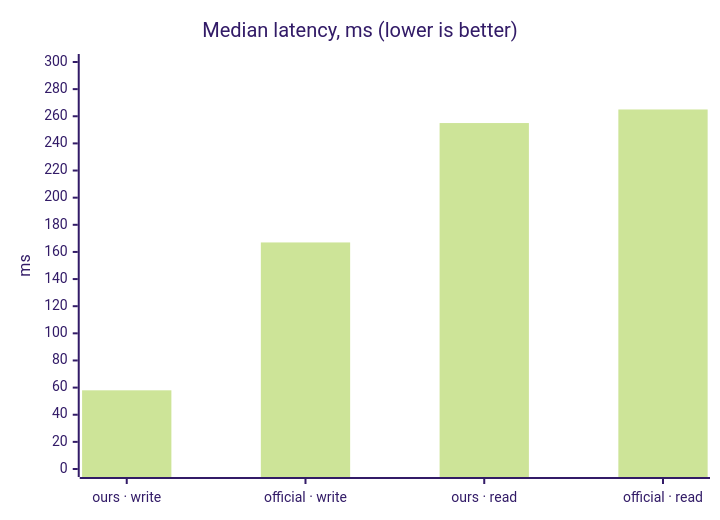
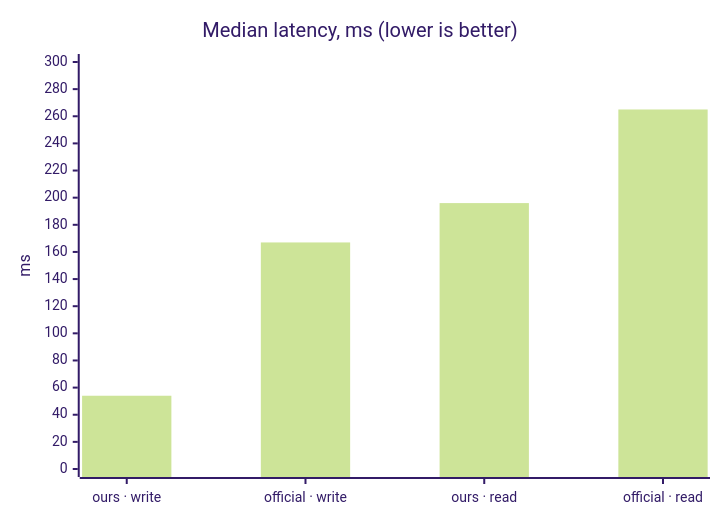
Before and after one commit to francyfox/umami-back-lite: the second of 4 diagrams in README.md, drawn with Mermaid (forest theme). The commit also changed other lines of this file and 1 other file, not shown here.

First line of the commit message:
docs: refresh benchmark numbers after the lazy-mount fix, add cold-boot figure

````diff
--- a/README.md
+++ b/README.md
@@ -144,7 +144,7 @@
 ```mermaid
 xychart-beta
     title "Median latency, ms (lower is better)"
     x-axis ["ours · write", "official · write", "ours · read", "official · read"]
     y-axis "ms" 0 --> 300
-    bar [58, 167, 255, 265]
+    bar [54, 167, 196, 265]
 ```
````
